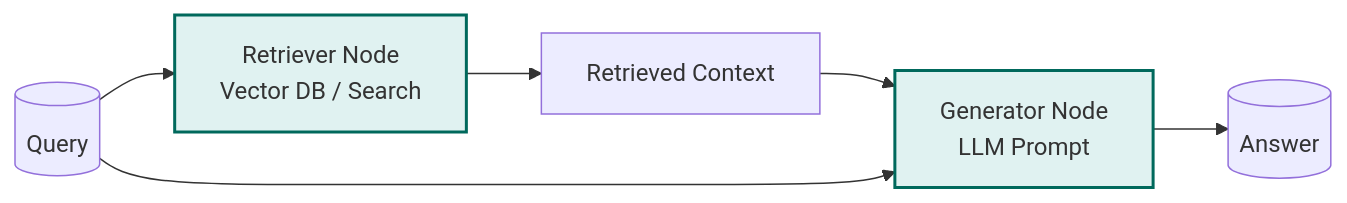
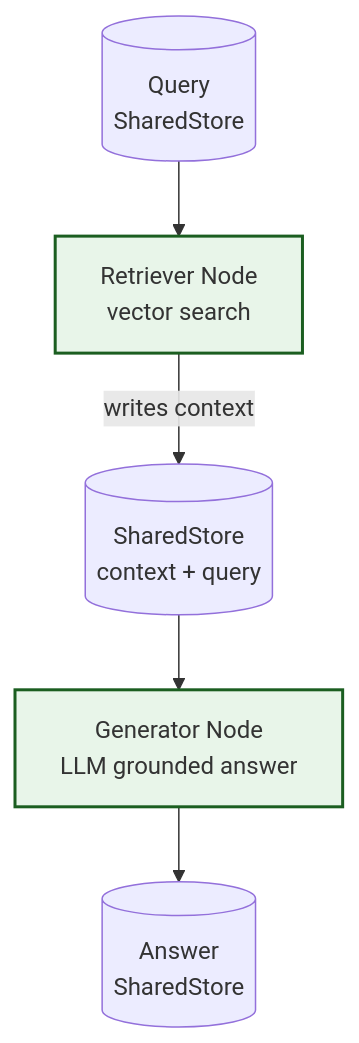
Before and after one commit to EzekTec-Inc/AgentFlow: the diagram in examples/RAG.md, drawn with Mermaid. The commit also changed other lines of this file and 23 other files, not shown here.

````diff
--- a/examples/RAG.md
+++ b/examples/RAG.md
@@ -13,11 +27,10 @@
 ```mermaid
-graph LR
-    Query[(Query)] --> Retriever[Retriever Node<br>Vector DB / Search]
-    Retriever --> Context[Retrieved Context]
-    Context --> Generator[Generator Node<br>LLM Prompt]
-    Query --> Generator
-    Generator --> Response[(Answer)]
-    
-    classDef rag fill:#e0f2f1,stroke:#00695c,stroke-width:2px;
+graph TD
+    Query[(Query<br>SharedStore)] --> Retriever[Retriever Node<br>vector search]
+    Retriever -->|writes context| Store[(SharedStore<br>context + query)]
+    Store --> Generator[Generator Node<br>LLM grounded answer]
+    Generator --> Answer[(Answer<br>SharedStore)]
+
+    classDef rag fill:#e8f5e9,stroke:#1b5e20,stroke-width:2px;
     class Retriever,Generator rag;
 ```
````
